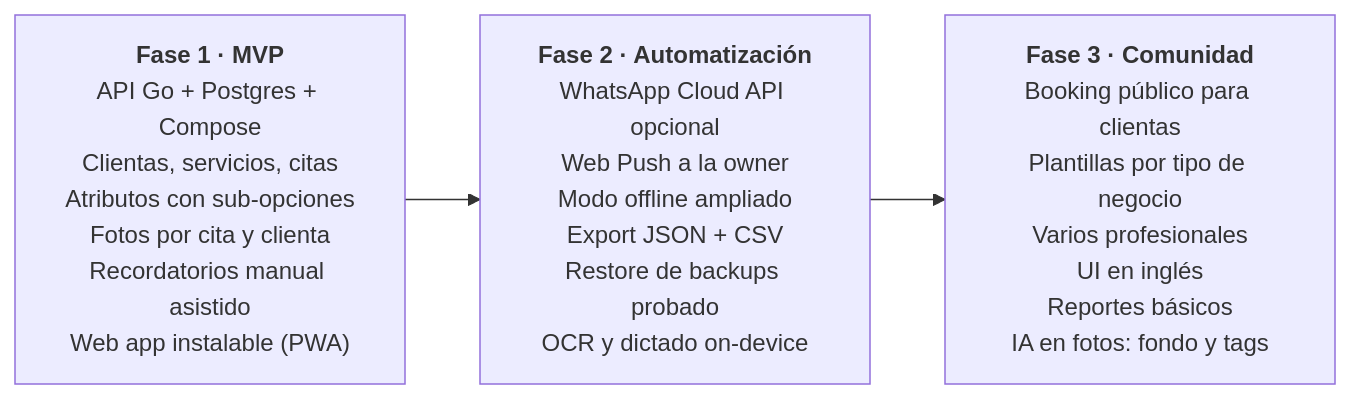
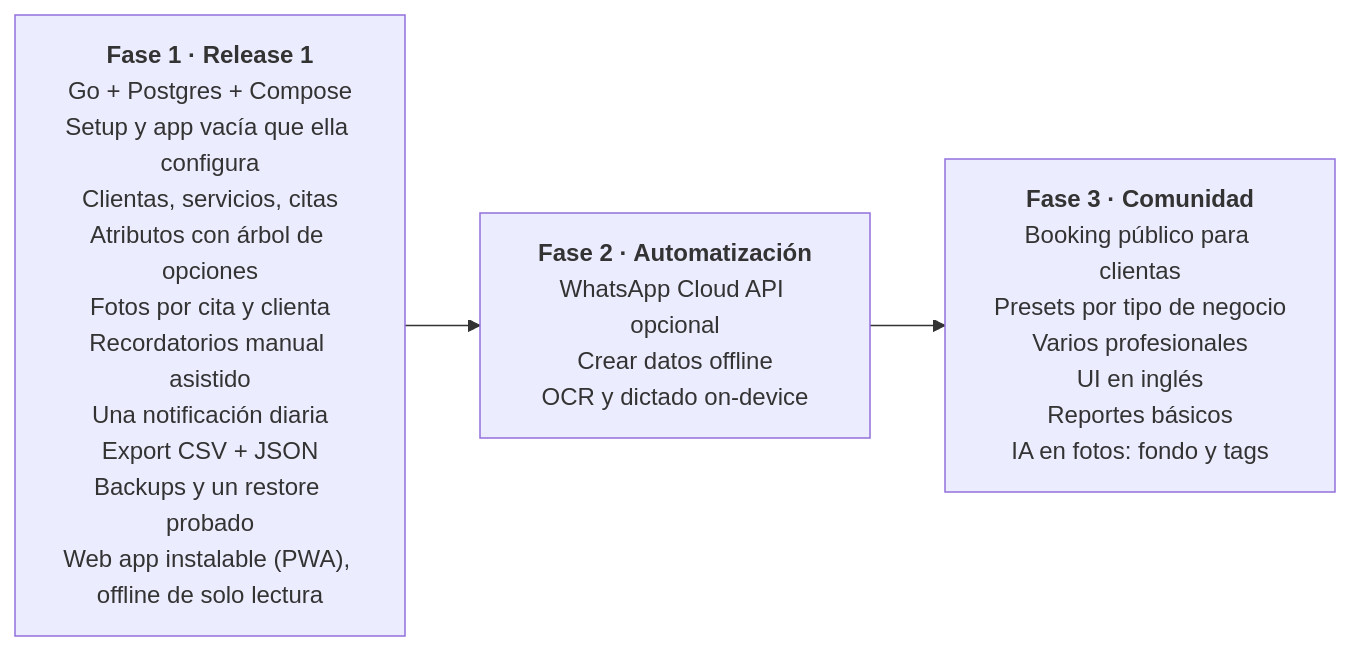
The diagram in docs/prd.md (jnaranj09/open-customer), drawn with Mermaid before and after one commit. The commit also changed other lines of this file and 1 other file, not shown here.

First line of the commit message:
Docs: rewrite the PRD for release 1

````diff
--- a/docs/prd.md
+++ b/docs/prd.md
@@ -121,7 +203,7 @@
 ```mermaid
 flowchart LR
-  F1["<b>Fase 1 · MVP</b><br/>API Go + Postgres + Compose<br/>Clientas, servicios, citas<br/>Atributos con sub-opciones<br/>Fotos por cita y clienta<br/>Recordatorios manual asistido<br/>Web app instalable (PWA)"]
-  F2["<b>Fase 2 · Automatización</b><br/>WhatsApp Cloud API opcional<br/>Web Push a la owner<br/>Modo offline ampliado<br/>Export JSON + CSV<br/>Restore de backups probado<br/>OCR y dictado on-device"]
-  F3["<b>Fase 3 · Comunidad</b><br/>Booking público para clientas<br/>Plantillas por tipo de negocio<br/>Varios profesionales<br/>UI en inglés<br/>Reportes básicos<br/>IA en fotos: fondo y tags"]
+  F1["<b>Fase 1 · Release 1</b><br/>Go + Postgres + Compose<br/>Setup y app vacía que ella configura<br/>Clientas, servicios, citas<br/>Atributos con árbol de opciones<br/>Fotos por cita y clienta<br/>Recordatorios manual asistido<br/>Una notificación diaria<br/>Export CSV + JSON<br/>Backups y un restore probado<br/>Web app instalable (PWA), offline de solo lectura"]
+  F2["<b>Fase 2 · Automatización</b><br/>WhatsApp Cloud API opcional<br/>Crear datos offline<br/>OCR y dictado on-device"]
+  F3["<b>Fase 3 · Comunidad</b><br/>Booking público para clientas<br/>Presets por tipo de negocio<br/>Varios profesionales<br/>UI en inglés<br/>Reportes básicos<br/>IA en fotos: fondo y tags"]
   F1 --> F2 --> F3
 ```
````
